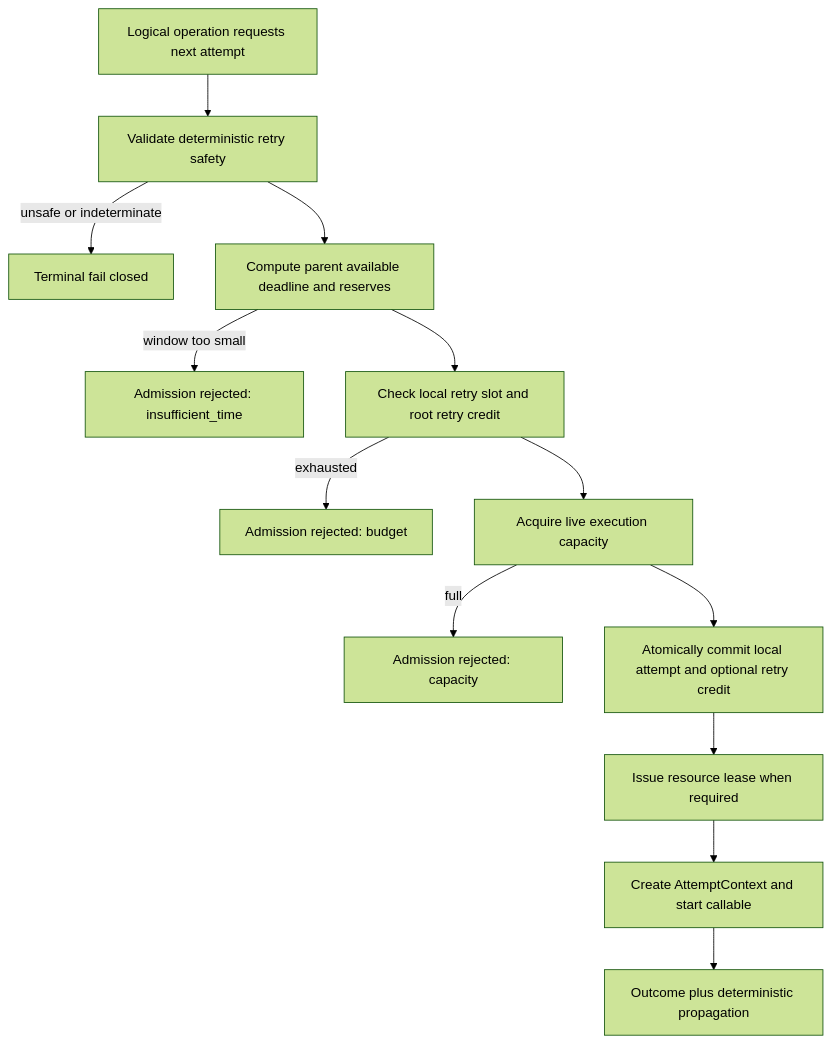
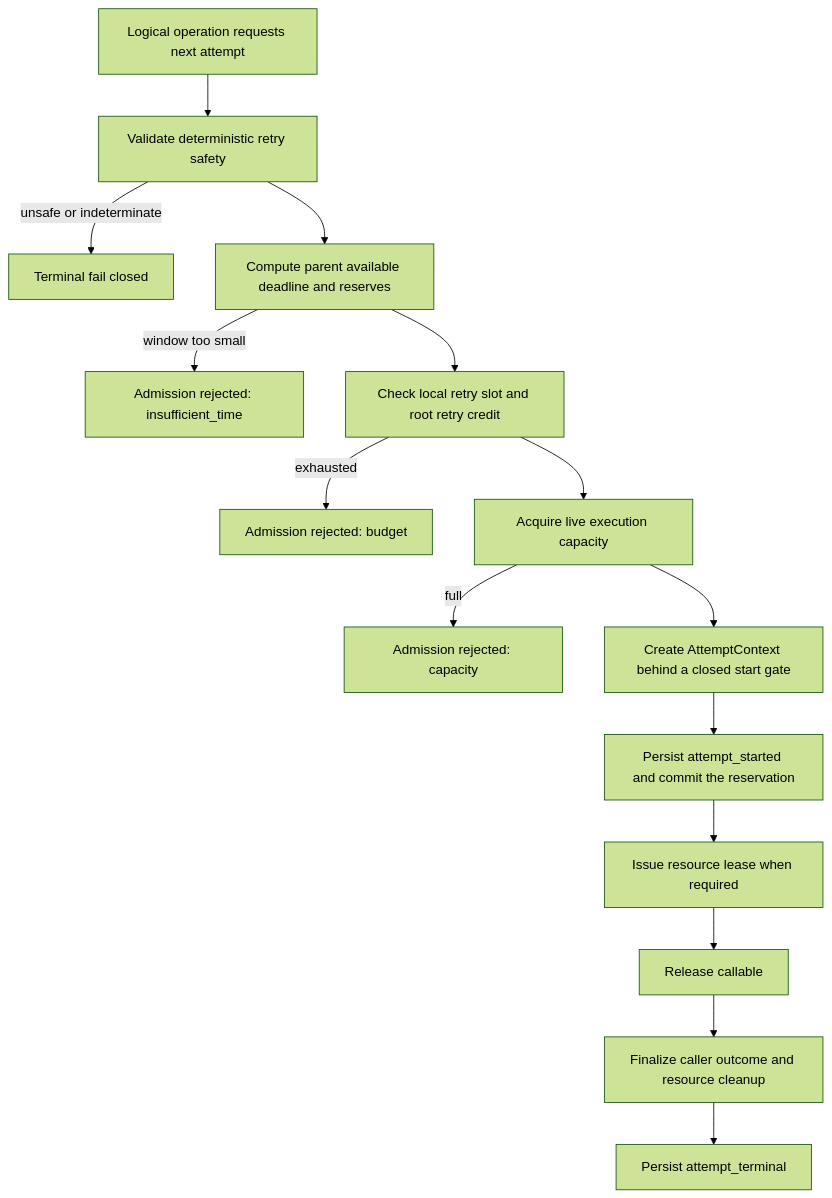
One commit to Devin333/NewsRoom changed the diagram in docs/prd/harness-research-runtime/22-attempt-scope-and-deadline-admission.md. Above: the diagram before and after it, drawn with Mermaid (forest theme). The commit also changed other lines of this file and 55 other files, not shown here.

````diff
--- a/docs/prd/harness-research-runtime/22-attempt-scope-and-deadline-admission.md
+++ b/docs/prd/harness-research-runtime/22-attempt-scope-and-deadline-admission.md
@@ -302,15 +302,17 @@
 ```mermaid
 flowchart TD
     A[Logical operation requests next attempt] --> B[Validate deterministic retry safety]
     B -->|unsafe or indeterminate| X[Terminal fail closed]
     B --> C[Compute parent available deadline and reserves]
     C -->|window too small| R[Admission rejected: insufficient_time]
     C --> D[Check local retry slot and root retry credit]
     D -->|exhausted| R2[Admission rejected: budget]
     D --> E[Acquire live execution capacity]
     E -->|full| R3[Admission rejected: capacity]
-    E --> F[Atomically commit local attempt and optional retry credit]
-    F --> G[Issue resource lease when required]
-    G --> H[Create AttemptContext and start callable]
-    H --> I[Outcome plus deterministic propagation]
+    E --> F[Create AttemptContext behind a closed start gate]
+    F --> G[Persist attempt_started and commit the reservation]
+    G --> H[Issue resource lease when required]
+    H --> I[Release callable]
+    I --> J[Finalize caller outcome and resource cleanup]
+    J --> K[Persist attempt_terminal]
 ```
````
